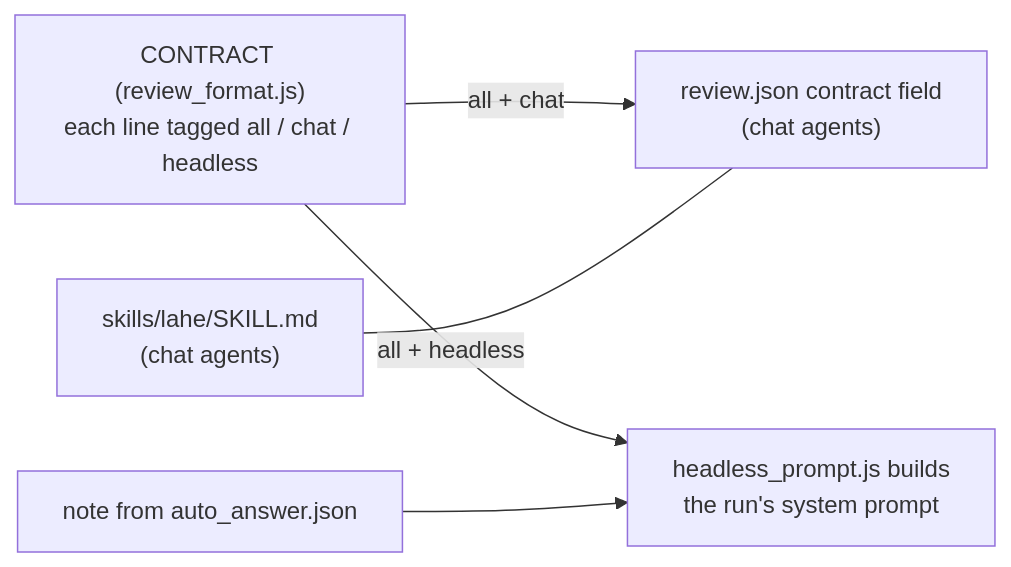
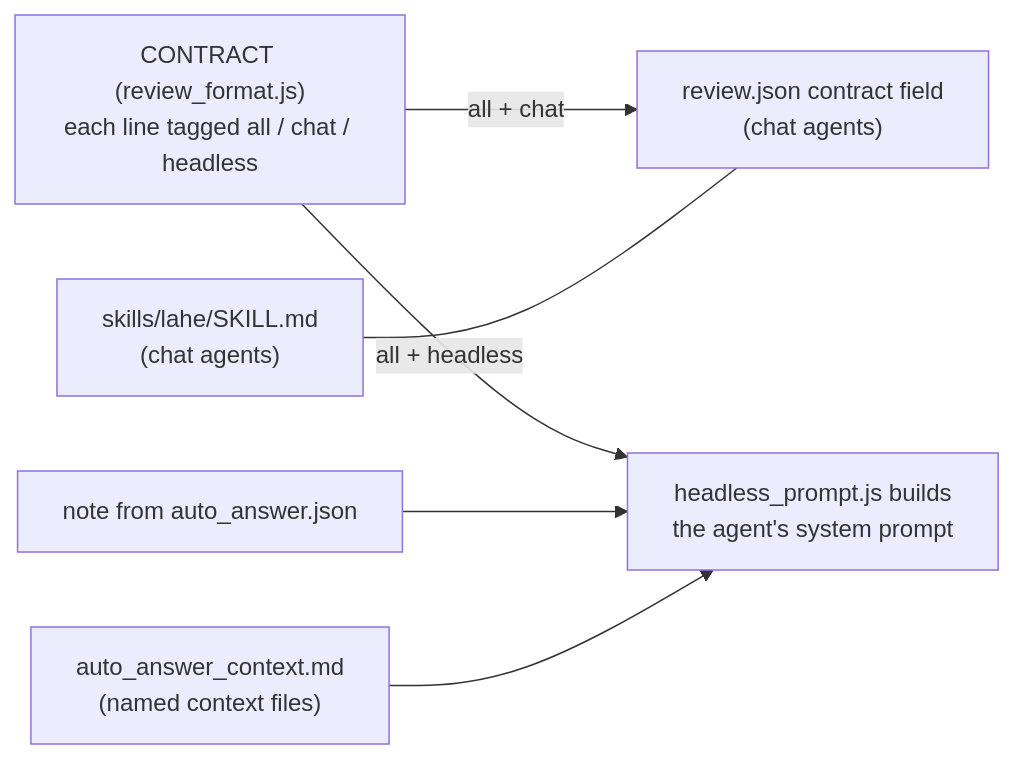
One commit to kenxle/live-agentic-html-editor changed the seventh of 7 diagrams in docs/features/20260929.01_lahe_agent_sdk/02_architecture_lahe_agent_sdk.md. Above: the diagram before and after it, drawn with Mermaid. The commit also changed other lines of this file and 2 other files, not shown here.

````diff
--- a/docs/features/20260929.01_lahe_agent_sdk/02_architecture_lahe_agent_sdk.md
+++ b/docs/features/20260929.01_lahe_agent_sdk/02_architecture_lahe_agent_sdk.md
@@ -389,8 +500,9 @@
 ```mermaid
 flowchart LR
   C["CONTRACT (review_format.js)<br/>each line tagged all / chat / headless"]
   C -->|"all + chat"| RJ["review.json contract field<br/>(chat agents)"]
-  C -->|"all + headless"| HP["headless_prompt.js builds<br/>the run's system prompt"]
+  C -->|"all + headless"| HP["headless_prompt.js builds<br/>the agent's system prompt"]
   N["note from auto_answer.json"] --> HP
+  X["auto_answer_context.md<br/>(named context files)"] --> HP
   SK["skills/lahe/SKILL.md<br/>(chat agents)"] --- RJ
 ```
````
